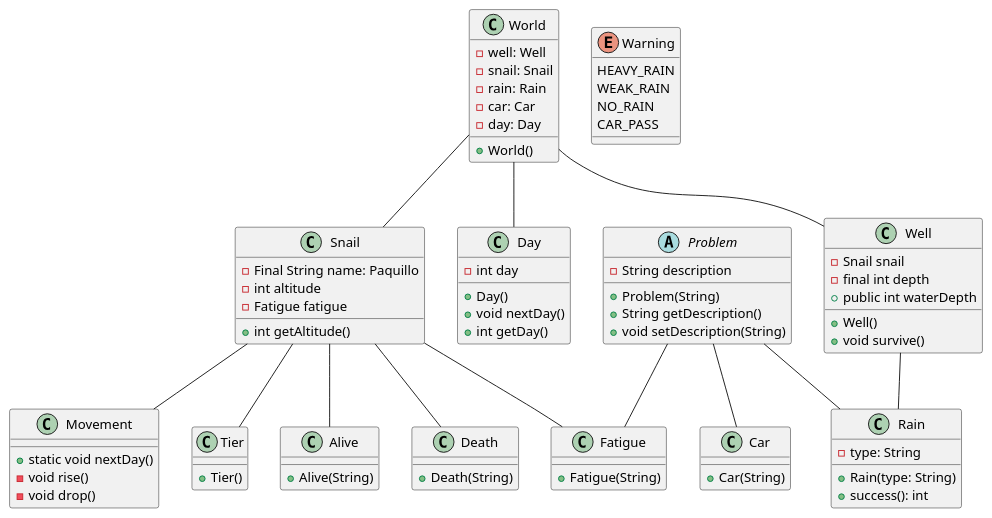
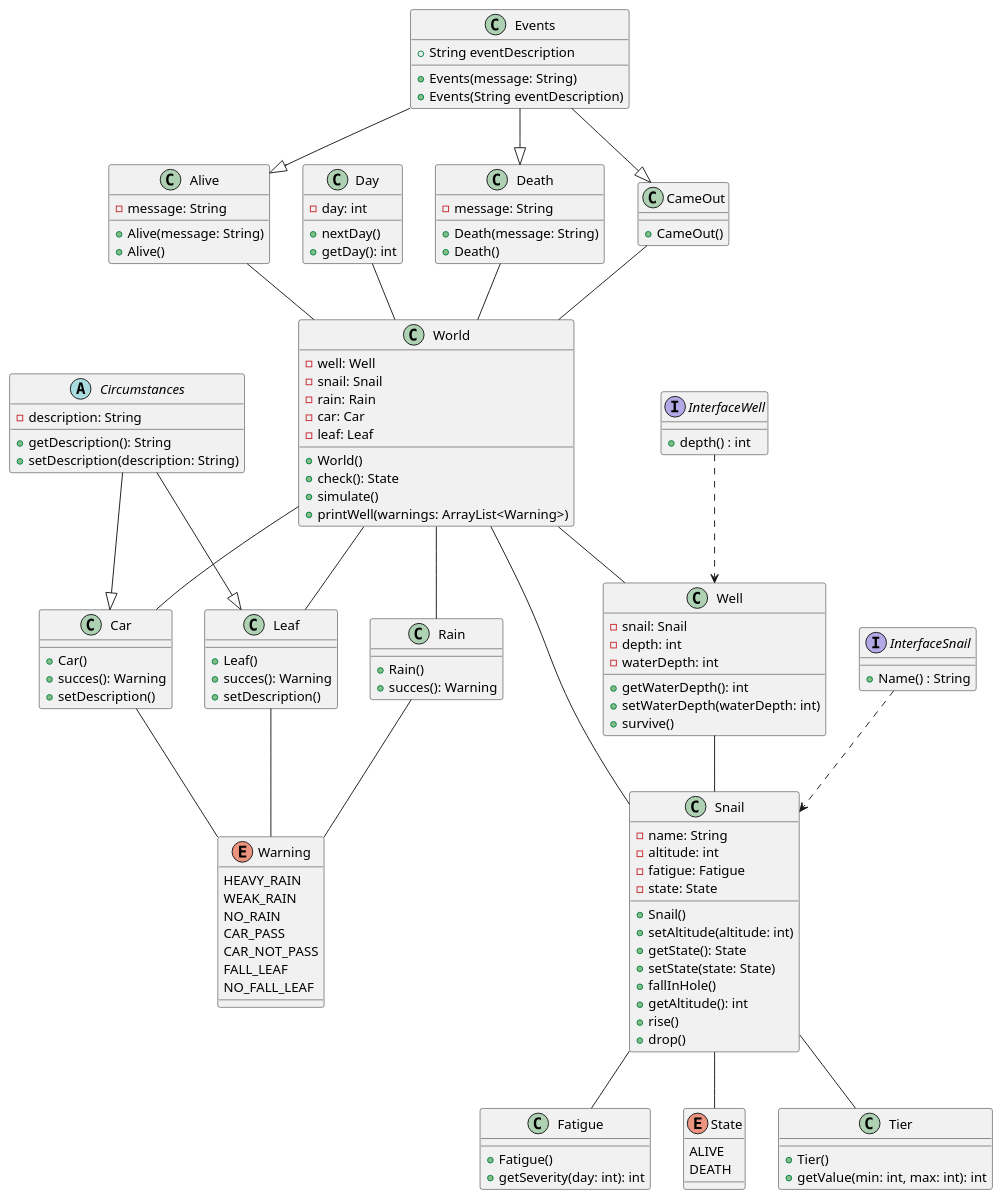
Before and after one commit to eabol/awesome-projects-prograii: the diagram in TrabajoFinal/src/PlantUml/TrabajoFinal.puml, drawn with PlantUML.

Commit message:
Finish PlantUML

```diff
--- a/TrabajoFinal/src/PlantUml/TrabajoFinal.puml
+++ b/TrabajoFinal/src/PlantUml/TrabajoFinal.puml
@@ -1,95 +1,160 @@
 @startuml
 'https://plantuml.com/sequence-diagram
+
+class Alive {
+    - message: String
+    + Alive(message: String)
+    + Alive()
+}
+
+
+
+class Car {
+    + Car()
+    + succes(): Warning
+    + setDescription()
+}
+
+abstract class Circumstances {
+    - description: String
+    + getDescription(): String
+    + setDescription(description: String)
+}
+
+class Day {
+    - day: int
+    + nextDay()
+    + getDay(): int
+}
+
+class Death {
+    - message: String
+    + Death(message: String)
+    + Death()
+}
+
+abstract class Events {
+    + Events(message: String)
+}
+
+class Fatigue {
+    + Fatigue()
+    + getSeverity(day: int): int
+}
+
+class Leaf {
+    + Leaf()
+    + succes(): Warning
+    + setDescription()
+}
+
+class Rain {
+    + Rain()
+    + succes(): Warning
+}
+
+class Snail {
+    - name: String
+    - altitude: int
+    - fatigue: Fatigue
+    - state: State
+    + Snail()
+    + setAltitude(altitude: int)
+    + getState(): State
+    + setState(state: State)
+    + fallInHole()
+    + getAltitude(): int
+    + rise()
+    + drop()
+}
+
+enum State {
+    ALIVE
+    DEATH
+}
+
+class Tier {
+    + Tier()
+    + getValue(min: int, max: int): int
+}
+
+enum Warning {
+    HEAVY_RAIN
+    WEAK_RAIN
+    NO_RAIN
+    CAR_PASS
+    CAR_NOT_PASS
+    FALL_LEAF
+    NO_FALL_LEAF
+}
+
+class Well {
+    - snail: Snail
+    - depth: int
+    - waterDepth: int
+    + getWaterDepth(): int
+    + setWaterDepth(waterDepth: int)
+    + survive()
+}
 
 class World {
     - well: Well
     - snail: Snail
     - rain: Rain
     - car: Car
-    - day: Day
+    - leaf: Leaf
     + World()
-}
+    + check(): State
+    + simulate()
+    + printWell(warnings: ArrayList<Warning>)
 
-class Well {
-- Snail snail
-- final int depth
-+ public int waterDepth
-+ Well()
-+ void survive()
 
 }
 
-class Snail {
-- Final String name: Paquillo
--int altitude
--Fatigue fatigue
-+ int getAltitude()
-}
+    class Events {
+      +String eventDescription
+      +Events(String eventDescription)
+    }
 
-class Rain {
-    - type: String
-    + Rain(type: String)
-    + success(): int
-}
+    class CameOut {
+      +CameOut()
+    }
 
-class Car{
-+ Car(String)
-}
+    interface InterfaceSnail {
+      +Name() : String
+    }
 
-class Day {
-    - int day
-    + Day()
-    + void nextDay()
-    + int getDay()
-
-}
-enum Warning {
-    HEAVY_RAIN
-    WEAK_RAIN
-    NO_RAIN
-    CAR_PASS
-}
-class Alive{
-+ Alive(String)
-}
-class Death{
-+ Death(String)
-}
-class Fatigue{
-+ Fatigue(String)
-}
-class Movement{
-+ static void nextDay()
-- void rise()
-- void drop()
-}
-abstract class Problem{
-- String description
-+ Problem(String)
-+ String getDescription()
-+ void setDescription(String)
-}
-class Tier{
-+ Tier()
-}
+    interface InterfaceWell {
+      +depth() : int
+    }
 
 
-World  --  Well
-World  --  Snail
-Problem --  Rain
-Problem  --  Car
-Problem  --  Fatigue
-World  --  Day
 
-Well  --  Rain
 
+Events --|> Alive
+Events--|> CameOut
+Alive -- World
+CameOut -- World
+Death -- World
+Circumstances --|> Car
+Day -- World
+Events --|> Death
+Circumstances --|> Leaf
+InterfaceSnail ..> Snail
+InterfaceWell ..> Well
 Snail -- Fatigue
-
-Snail  --  Death
-Snail  --  Alive
-Snail -- Movement
+Snail -- State
 Snail -- Tier
+Well -- Snail
+World -- Well
+World -- Snail
+World -- Rain
+World -- Car
+World -- Leaf
+Car-- Warning
+Rain -- Warning
+Leaf -- Warning
 
 
 
 @enduml
```
